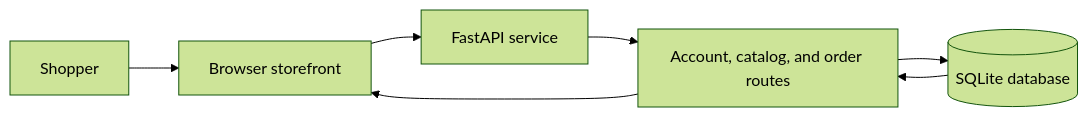
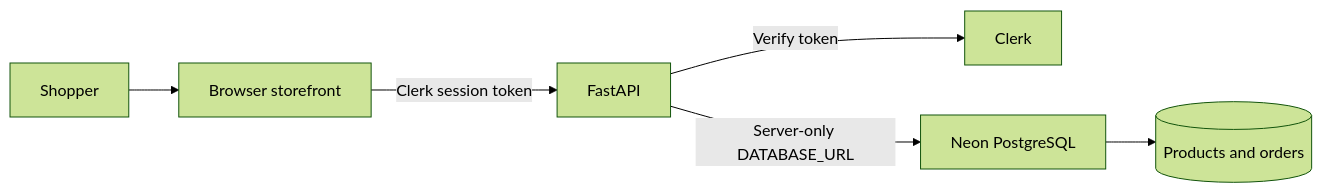
Before and after one commit to kalyan870/CodeAlpha_E-Commerce: the diagram in README.md, drawn with Mermaid (forest theme). The commit also changed other lines of this file and 13 other files, not shown here.

First line of the commit message:
Add Clerk authentication and Neon storage (#2)

````diff
--- a/README.md
+++ b/README.md
@@ -13,8 +7,8 @@
 ```mermaid
 flowchart LR
-  U[Shopper] --> F[Browser storefront]
-  F --> A[FastAPI service]
-  A --> R[Account, catalog, and order routes]
-  R --> D[(SQLite database)]
-  D --> R --> F
+  S[Shopper] --> UI[Browser storefront]
+  UI -->|Clerk session token| API[FastAPI]
+  API -->|Verify token| C[Clerk]
+  API -->|Server-only DATABASE_URL| N[Neon PostgreSQL]
+  N --> P[(Products and orders)]
 ```
````
